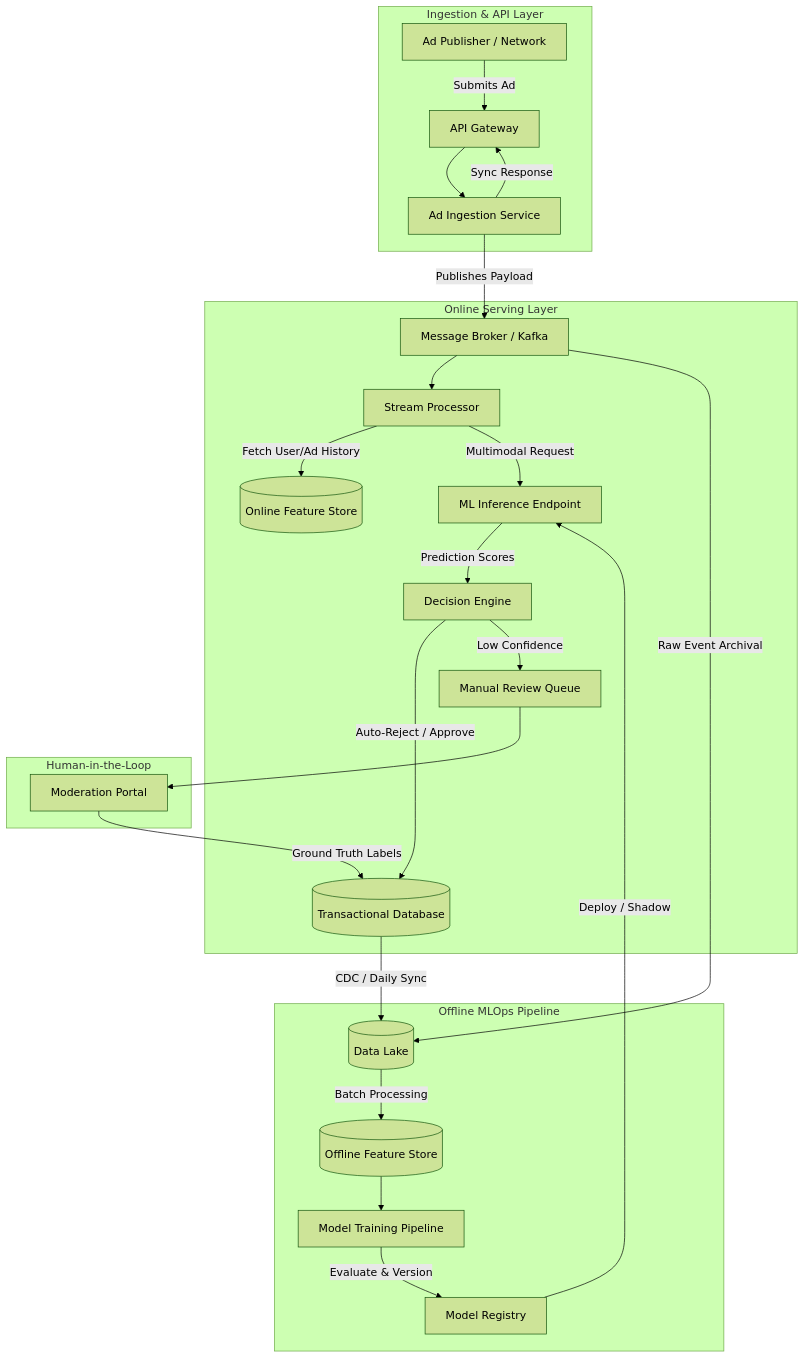
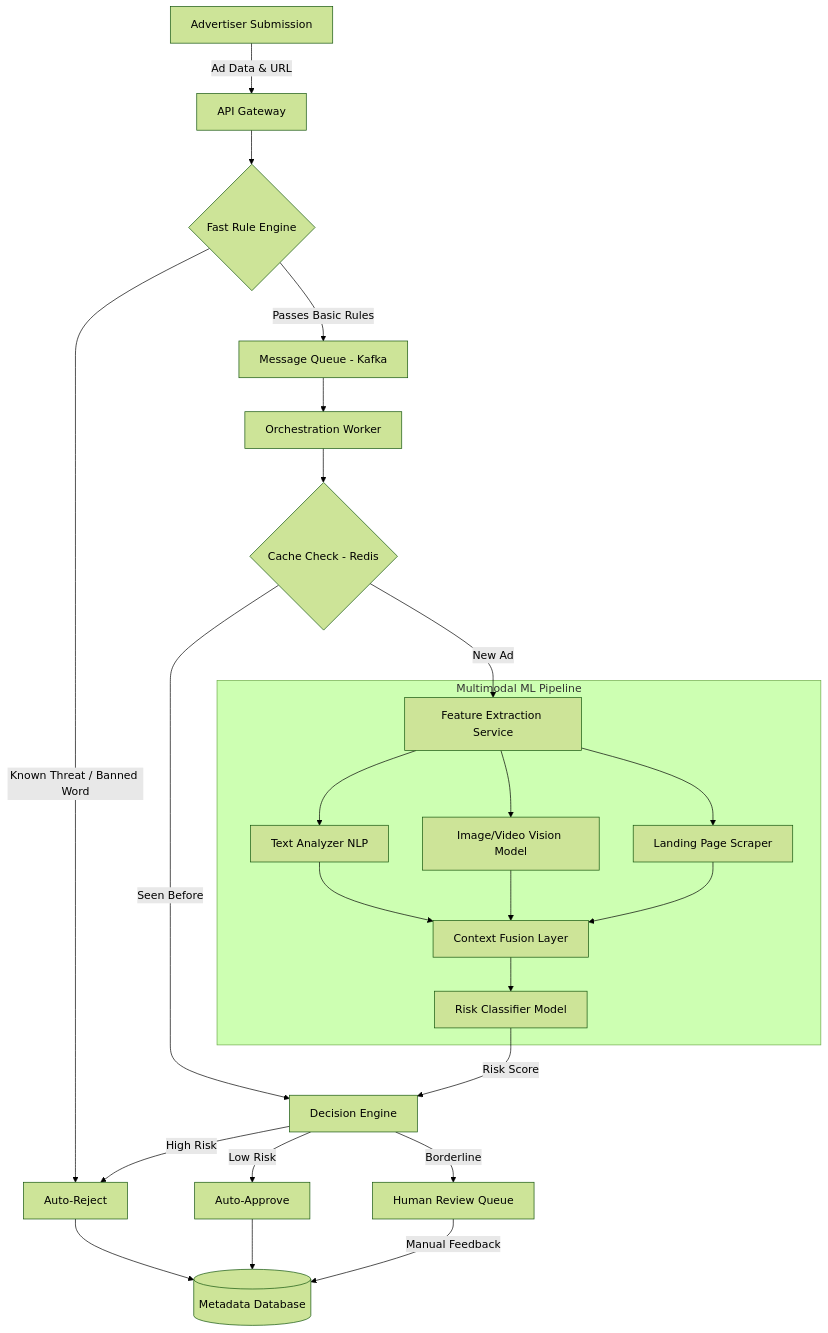
One commit to AdrianTorjKobza/System_Design changed the diagram in Design_an_ML_Solution_to_Detect_Forbidded_Ads.md. Above: the diagram before and after it, drawn with Mermaid (forest theme). The commit also changed other lines of this file, not shown here.

````diff
--- a/Design_an_ML_Solution_to_Detect_Forbidded_Ads.md
+++ b/Design_an_ML_Solution_to_Detect_Forbidded_Ads.md
@@ -11,38 +10,37 @@
 ```mermaid
 graph TD
-    %% Ingestion Layer
-    subgraph "Ingestion & API Layer"
-        User[Ad Publisher / Network] -->|Submits Ad| API[API Gateway]
-        API --> Ingest[Ad Ingestion Service]
-        Ingest -->|Sync Response| API
+    Client[Advertiser Submission] -->|Ad Data & URL| API[API Gateway]
+    API --> RuleEngine{Fast Rule Engine}
+
+    %% Fast Path
+    RuleEngine -- "Known Threat / Banned Word" --> Reject[Auto-Reject]
+    RuleEngine -- "Passes Basic Rules" --> Queue[Message Queue - Kafka]
+
+    %% Processing
+    Queue --> Worker[Orchestration Worker]
+    Worker --> Cache{Cache Check - Redis}
+    Cache -- "Seen Before" --> Decision[Decision Engine]
+    Cache -- "New Ad" --> Extraction[Feature Extraction Service]
+
+    subgraph "Multimodal ML Pipeline"
+        Extraction --> TextML[Text Analyzer NLP]
+        Extraction --> VisionML[Image/Video Vision Model]
+        Extraction --> WebScraper[Landing Page Scraper]
+
+        TextML --> Fusion[Context Fusion Layer]
+        VisionML --> Fusion
+        WebScraper --> Fusion
+
+        Fusion --> Classifier[Risk Classifier Model]
     end
 
-    %% Event Bus
-    Ingest -->|Publishes Payload| Kafka[Message Broker / Kafka]
+    Classifier -->|Risk Score| Decision
 
-    %% Real-Time Inference Pipeline
-    subgraph "Online Serving Layer"
-        Kafka --> Stream[Stream Processor]
-        Stream -->|Fetch User/Ad History| OnlineFS[(Online Feature Store)]
-        Stream -->|Multimodal Request| MLServing[ML Inference Endpoint]
-        MLServing -->|Prediction Scores| Decision[Decision Engine]
-        Decision -->|Auto-Reject / Approve| DB[(Transactional Database)]
-        Decision -->|Low Confidence| ReviewQueue[Manual Review Queue]
-    end
+    Decision -- "High Risk" --> Reject
+    Decision -- "Low Risk" --> Approve[Auto-Approve]
+    Decision -- "Borderline" --> Review[Human Review Queue]
 
-    %% Human-in-the-Loop
-    subgraph "Human-in-the-Loop"
-        ReviewQueue --> Human[Moderation Portal]
-        Human -->|Ground Truth Labels| DB
-    end
-
-    %% Offline MLOps & Training
-    subgraph "Offline MLOps Pipeline"
-        Kafka -->|Raw Event Archival| DataLake[(Data Lake)]
-        DB -->|CDC / Daily Sync| DataLake
-        DataLake -->|Batch Processing| OfflineFS[(Offline Feature Store)]
-        OfflineFS --> Training[Model Training Pipeline]
-        Training -->|Evaluate & Version| MLflow[Model Registry]
-        MLflow -->|Deploy / Shadow| MLServing
-    end
+    Review -->|Manual Feedback| DB[(Metadata Database)]
+    Approve --> DB
+    Reject --> DB
 ```
````
